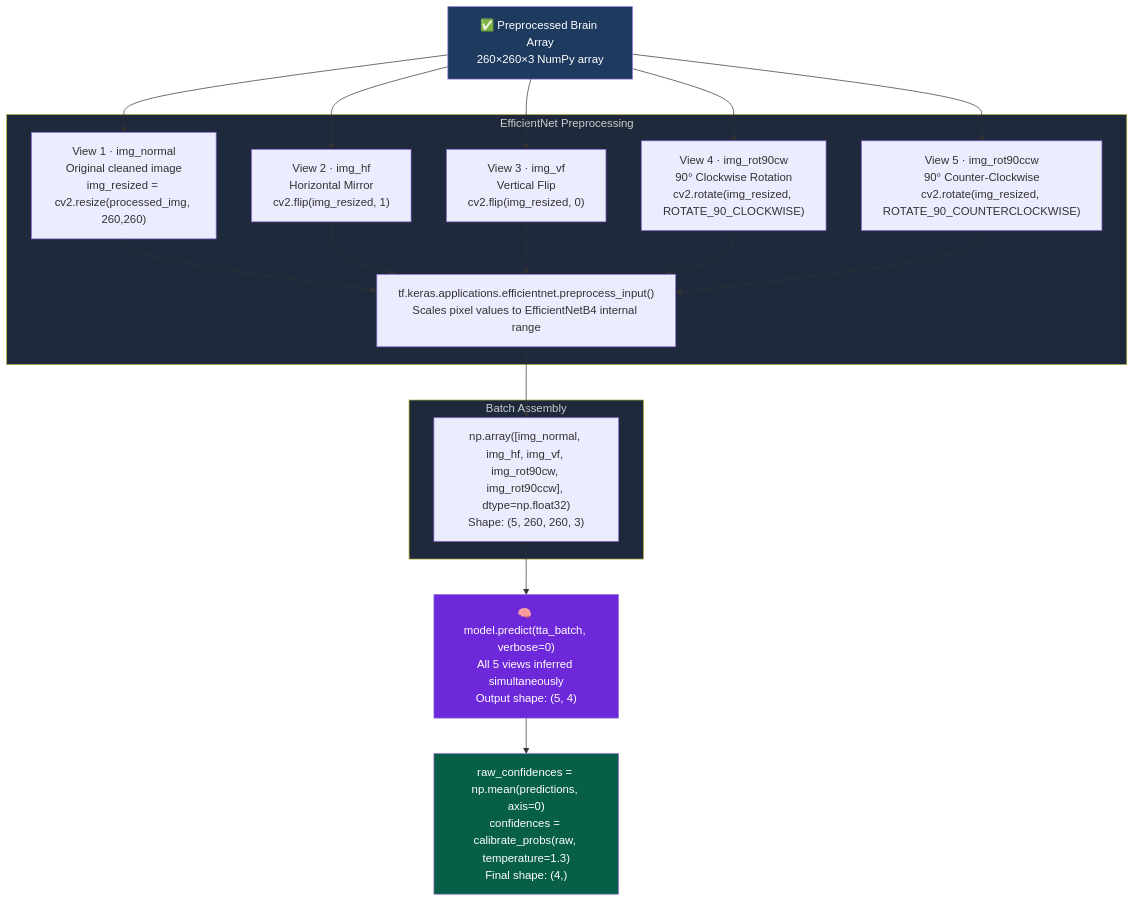
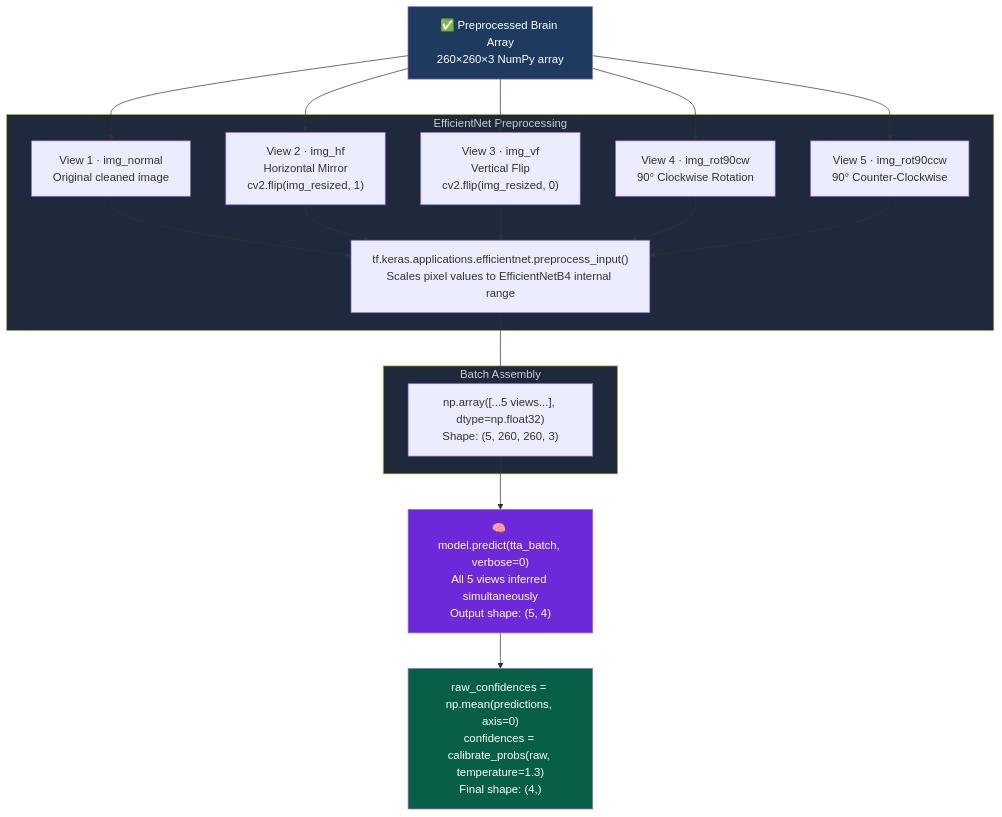
Before and after one commit to rajakumar123-commit/NeuroScan: the third of 5 diagrams in README.md, drawn with Mermaid. The commit also changed other lines of this file and 1 other file, not shown here.

````diff
--- a/README.md
+++ b/README.md
@@ -157,27 +245,27 @@
 ```mermaid
 flowchart TD
     A["✅ Preprocessed Brain Array\n260×260×3 NumPy array"]
 
-    A --> B["View 1 · img_normal\nOriginal cleaned image\nimg_resized = cv2.resize(processed_img, 260,260)"]
+    A --> B["View 1 · img_normal\nOriginal cleaned image"]
     A --> C["View 2 · img_hf\nHorizontal Mirror\ncv2.flip(img_resized, 1)"]
     A --> D["View 3 · img_vf\nVertical Flip\ncv2.flip(img_resized, 0)"]
-    A --> E["View 4 · img_rot90cw\n90° Clockwise Rotation\ncv2.rotate(img_resized, ROTATE_90_CLOCKWISE)"]
-    A --> F["View 5 · img_rot90ccw\n90° Counter-Clockwise\ncv2.rotate(img_resized, ROTATE_90_COUNTERCLOCKWISE)"]
+    A --> E["View 4 · img_rot90cw\n90° Clockwise Rotation"]
+    A --> F["View 5 · img_rot90ccw\n90° Counter-Clockwise"]
 
     subgraph PRE["EfficientNet Preprocessing"]
         B & C & D & E & F --> G["tf.keras.applications.efficientnet.preprocess_input()\nScales pixel values to EfficientNetB4 internal range"]
     end
 
     subgraph BATCH["Batch Assembly"]
-        G --> H["np.array([img_normal, img_hf, img_vf, img_rot90cw, img_rot90ccw], dtype=np.float32)\nShape: (5, 260, 260, 3)"]
+        G --> H["np.array([...5 views...], dtype=np.float32)\nShape: (5, 260, 260, 3)"]
     end
 
     H --> I["🧠 model.predict(tta_batch, verbose=0)\nAll 5 views inferred simultaneously\nOutput shape: (5, 4)"]
     I --> J["raw_confidences = np.mean(predictions, axis=0)\nconfidences = calibrate_probs(raw, temperature=1.3)\nFinal shape: (4,)"]
 
     style A fill:#1e3a5f,color:#fff
     style I fill:#6d28d9,color:#fff
     style J fill:#065f46,color:#fff
     style PRE fill:#1e293b,color:#ccc
     style BATCH fill:#1e293b,color:#ccc
 ```
````
